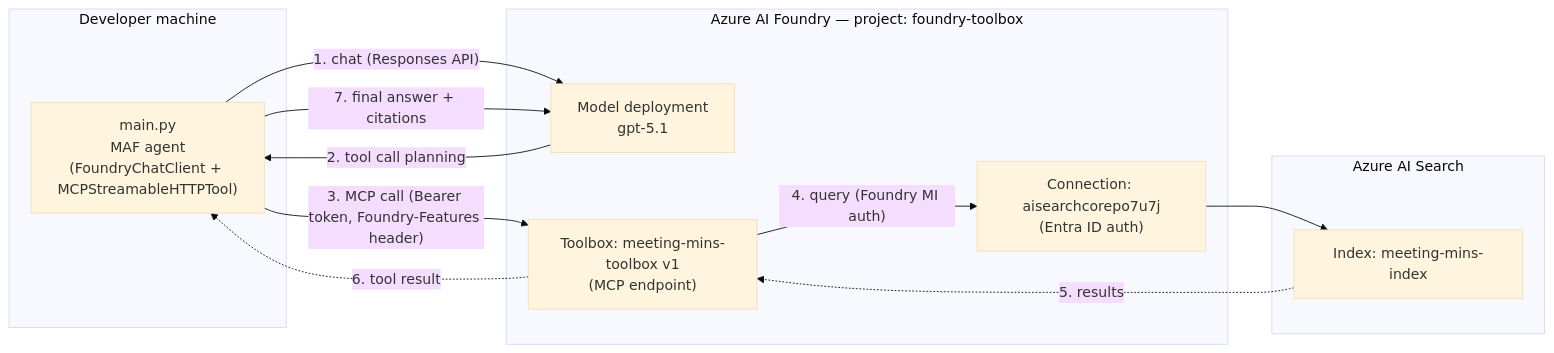
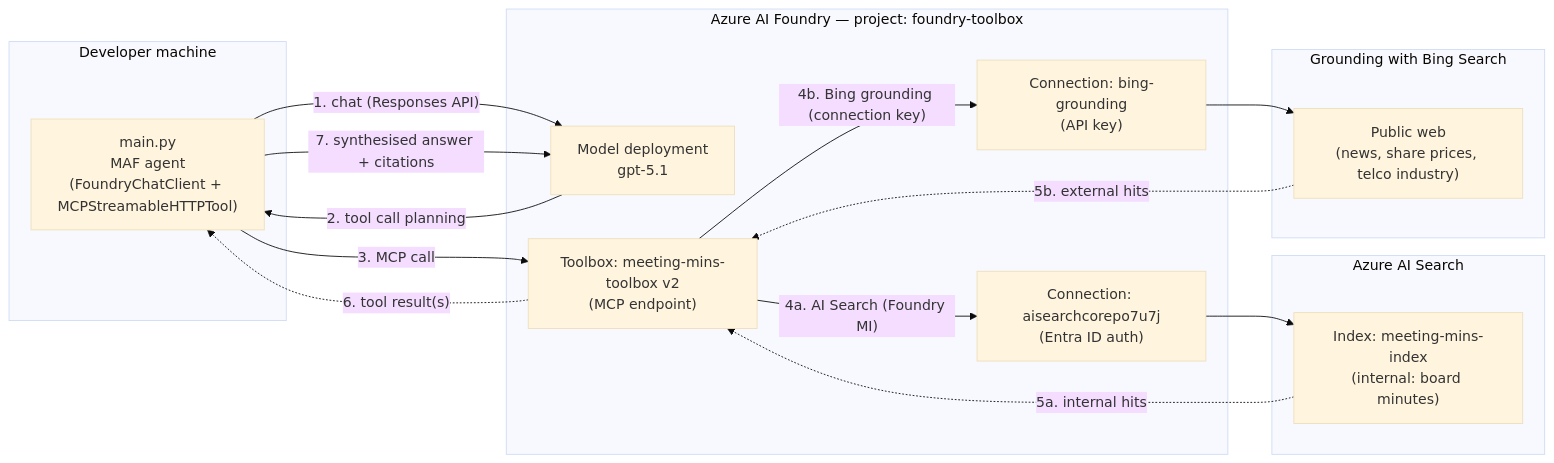
Before and after one commit to SridharArrabelly/foundry-toolbox: the diagram in README.md, drawn with Mermaid (base theme). The commit also changed other lines of this file and 3 other files, not shown here.

First line of the commit message:
Add Bing Grounding tool to the toolbox

````diff
--- a/README.md
+++ b/README.md
@@ -33,25 +45,33 @@
 ```mermaid
 flowchart LR
     subgraph dev["Developer machine"]
         agent["main.py<br/>MAF agent<br/>(FoundryChatClient + MCPStreamableHTTPTool)"]
     end
 
     subgraph foundry["Azure AI Foundry — project: foundry-toolbox"]
         model["Model deployment<br/>gpt-5.1"]
-        toolbox["Toolbox: meeting-mins-toolbox v1<br/>(MCP endpoint)"]
-        conn["Connection: aisearchcorepo7u7j<br/>(Entra ID auth)"]
+        toolbox["Toolbox: meeting-mins-toolbox v2<br/>(MCP endpoint)"]
+        searchconn["Connection: aisearchcorepo7u7j<br/>(Entra ID auth)"]
+        bingconn["Connection: bing-grounding<br/>(API key)"]
     end
 
     subgraph azsearch["Azure AI Search"]
-        index["Index: meeting-mins-index"]
+        index["Index: meeting-mins-index<br/>(internal: board minutes)"]
+    end
+
+    subgraph bing["Grounding with Bing Search"]
+        web["Public web<br/>(news, share prices, telco industry)"]
     end
 
     agent -- "1. chat (Responses API)" --> model
     model -- "2. tool call planning" --> agent
-    agent -- "3. MCP call (Bearer token, Foundry-Features header)" --> toolbox
-    toolbox -- "4. query (Foundry MI auth)" --> conn
-    conn --> index
-    index -. "5. results" .-> toolbox
-    toolbox -. "6. tool result" .-> agent
-    agent -- "7. final answer + citations" --> model
+    agent -- "3. MCP call" --> toolbox
+    toolbox -- "4a. AI Search (Foundry MI)" --> searchconn
+    toolbox -- "4b. Bing grounding (connection key)" --> bingconn
+    searchconn --> index
+    bingconn --> web
+    index -. "5a. internal hits" .-> toolbox
+    web -. "5b. external hits" .-> toolbox
+    toolbox -. "6. tool result(s)" .-> agent
+    agent -- "7. synthesised answer + citations" --> model
 ```
````
